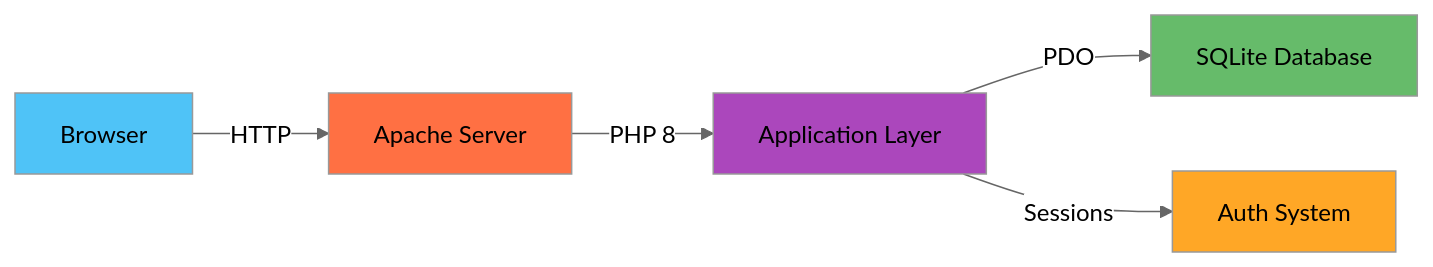
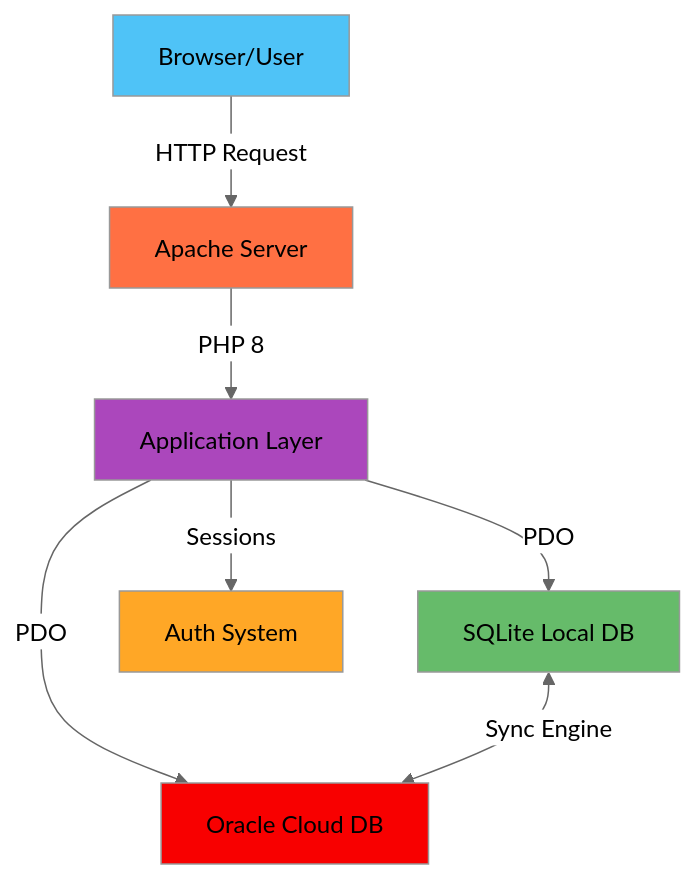
Before and after one commit to kosaladathapththu/Personal-Financial-System: the diagram in README.md, drawn with Mermaid (neutral theme). The commit also changed other lines of this file, not shown here.

First line of the commit message:
Enhance README with Oracle sync and cloud features

````diff
--- a/README.md
+++ b/README.md
@@ -96,12 +118,15 @@
 ```mermaid
-graph LR
-    A[Browser] -->|HTTP| B[Apache Server]
+graph TB
+    A[Browser/User] -->|HTTP Request| B[Apache Server]
     B -->|PHP 8| C[Application Layer]
-    C -->|PDO| D[SQLite Database]
-    C -->|Sessions| E[Auth System]
+    C -->|PDO| D[SQLite Local DB]
+    C -->|PDO| E[Oracle Cloud DB]
+    C -->|Sessions| F[Auth System]
+    D <-->|Sync Engine| E
     style A fill:#4FC3F7
     style B fill:#FF7043
     style C fill:#AB47BC
     style D fill:#66BB6A
-    style E fill:#FFA726
+    style E fill:#F80000
+    style F fill:#FFA726
 ```
````
